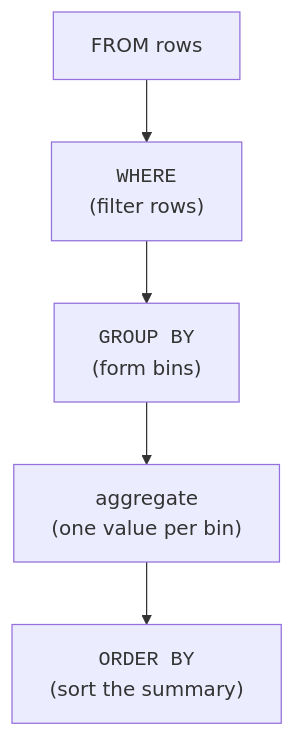
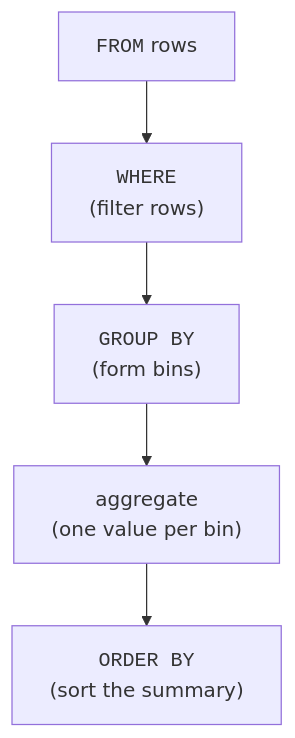
One commit to dataslope/dataslope changed the third of 3 diagrams in content/courses/sql-analytics-duckdb/grouping-data.mdx. Above: the diagram before and after it, drawn with Mermaid. The commit also changed 52 other files, not shown here.

First line of the commit message:
Set SQL keywords in mermaid labels as code, and 10 more breakdowns

````diff
--- a/content/courses/sql-analytics-duckdb/grouping-data.mdx
+++ b/content/courses/sql-analytics-duckdb/grouping-data.mdx
@@ -209,7 +209,7 @@
 ```mermaid
 flowchart TD
-    F["FROM rows"] --> W["<code>WHERE</code><br/>(filter rows)"]
+    F["<code>FROM</code> rows"] --> W["<code>WHERE</code><br/>(filter rows)"]
     W --> G["<code>GROUP BY</code><br/>(form bins)"]
     G --> A["aggregate<br/>(one value per bin)"]
     A --> O["<code>ORDER BY</code><br/>(sort the summary)"]
 ```
````
